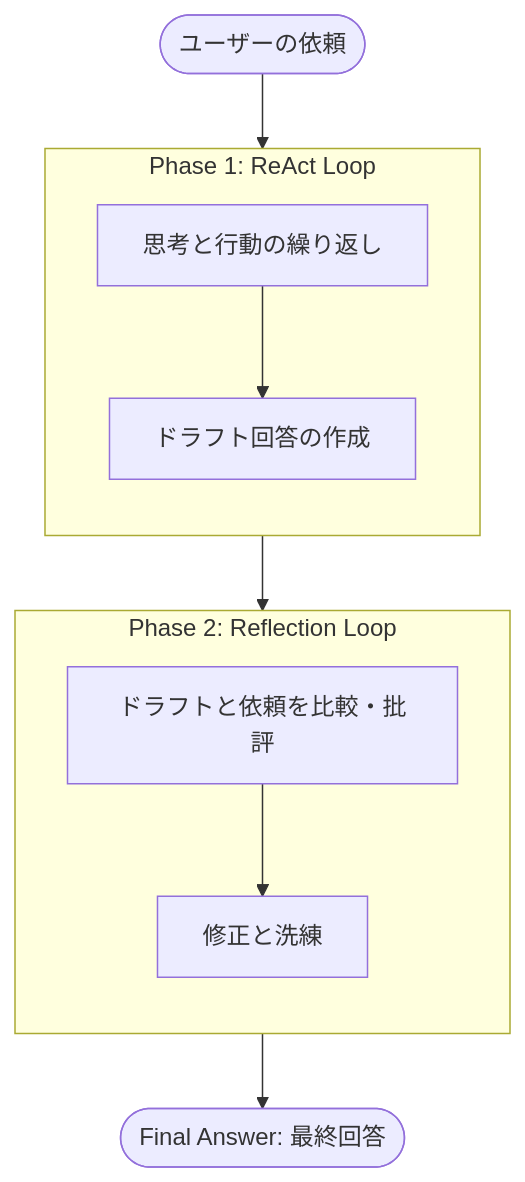
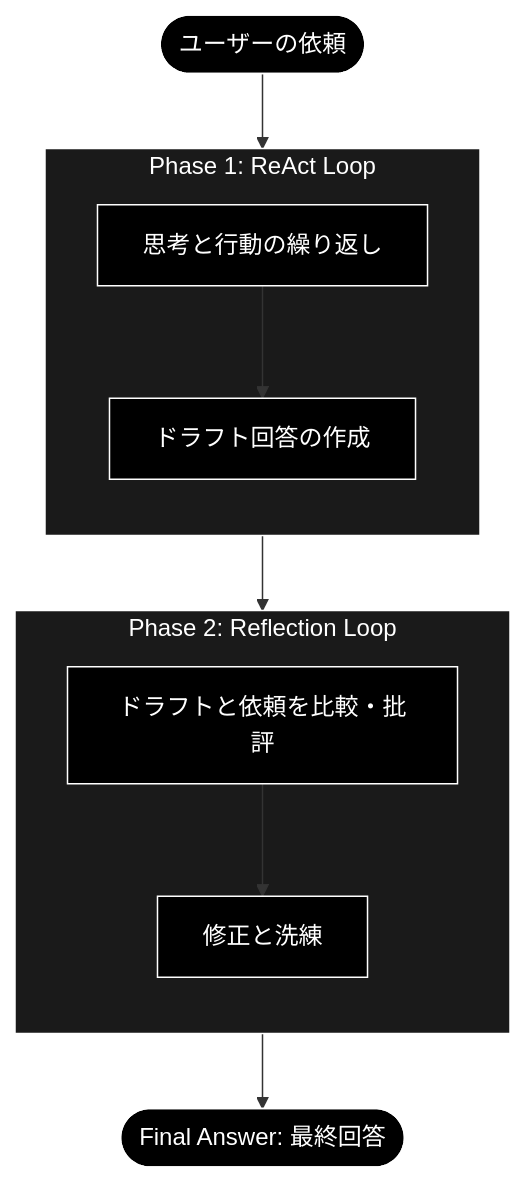
One commit to nakashima2toshio/anthropic_grace_agent changed the sixth of 10 diagrams in readme_react_reflection.md. Above: the diagram before and after it, drawn with Mermaid. The commit also changed other lines of this file and 11 other files, not shown here.

````diff
--- a/readme_react_reflection.md
+++ b/readme_react_reflection.md
@@ -610,16 +633,21 @@
 ```mermaid
 flowchart TD
     User([ユーザーの依頼]) --> Reasoning
     subgraph Phase1 ["Phase 1: ReAct Loop"]
         direction TB
         Reasoning["思考と行動の繰り返し"] --> Draft["ドラフト回答の作成"]
     end
 
     subgraph Phase2 ["Phase 2: Reflection Loop"]
         direction TB
         Critique["ドラフトと依頼を比較・批評"] --> Revise["修正と洗練"]
     end
 
     Draft --> Critique
     Revise --> Final([Final Answer: 最終回答])
+classDef default fill:#000,stroke:#fff,color:#fff
+classDef subgraphStyle fill:#1a1a1a,stroke:#fff,color:#fff
+class Critique,Draft,Final,Reasoning,Revise,User default
+style Phase1 fill:#1a1a1a,stroke:#fff,color:#fff
+style Phase2 fill:#1a1a1a,stroke:#fff,color:#fff
 ```
````
